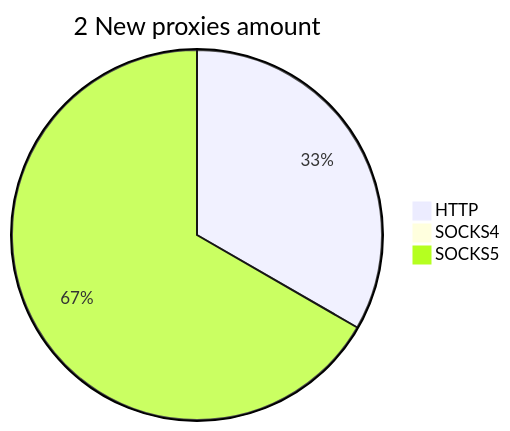
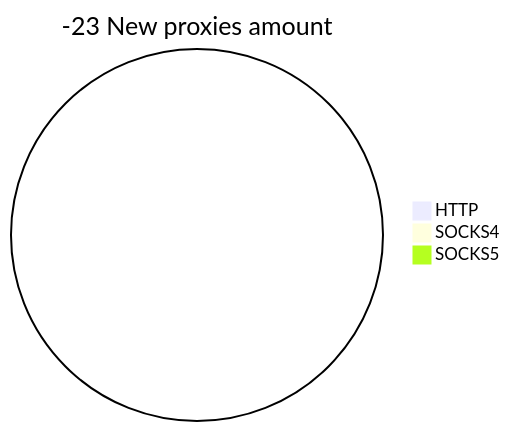
One commit to cutipu/proxylist changed the second of 2 diagrams in README.md. Above: the diagram before and after it, drawn with Mermaid. The commit also changed other lines of this file, not shown here.

````diff
--- a/README.md
+++ b/README.md
@@ -10,6 +10,6 @@
 ```mermaid
-pie title 2 New proxies amount
-    "HTTP" : 1
+pie title -23 New proxies amount
+    "HTTP" : 0
     "SOCKS4" : 0
-    "SOCKS5" : 2
+    "SOCKS5" : 0
 ```
````
